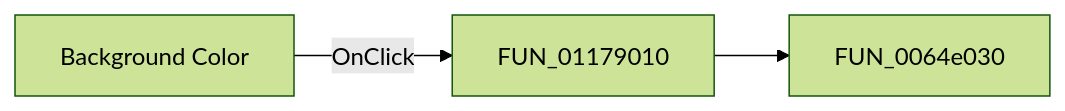
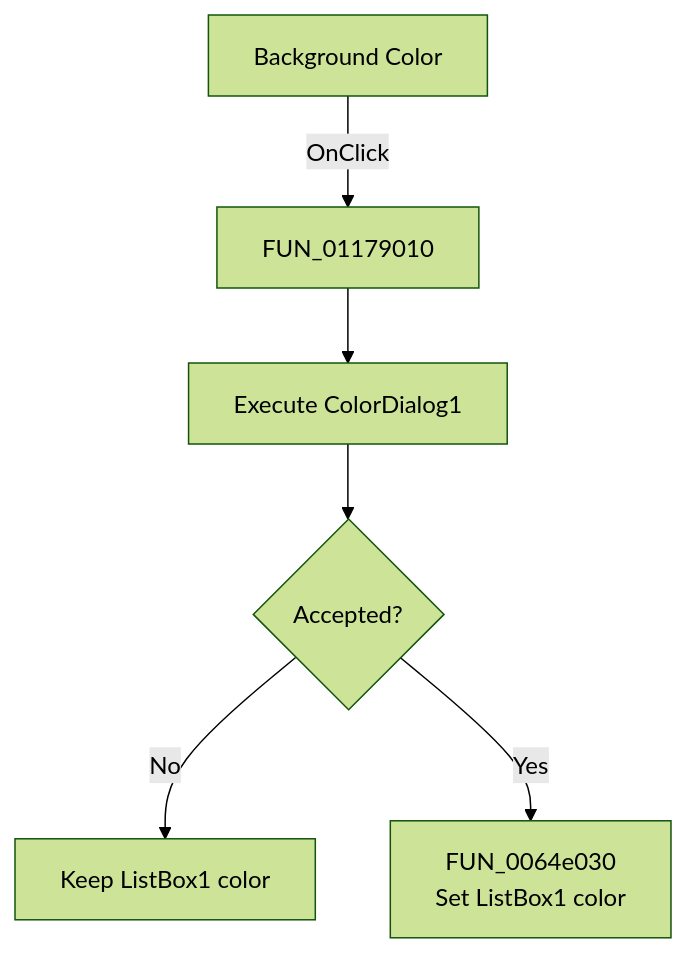
One commit to MovGP0/TIARA changed the diagram in docs/ui-controls/response-form1/backcolor1-0fb62e0d36.md. Above: the diagram before and after it, drawn with Mermaid (forest theme). The commit also changed other lines of this file and 1062 other files, not shown here.

````diff
--- a/docs/ui-controls/response-form1/backcolor1-0fb62e0d36.md
+++ b/docs/ui-controls/response-form1/backcolor1-0fb62e0d36.md
@@ -27,5 +27,8 @@
 ```mermaid
-flowchart LR
+flowchart TD
     control["Background Color"] -->|OnClick| handler["FUN_01179010"]
-    handler --> call1["FUN_0064e030"]
+    handler --> dialog["Execute ColorDialog1"]
+    dialog --> accepted{"Accepted?"}
+    accepted -->|No| keep["Keep ListBox1 color"]
+    accepted -->|Yes| apply["FUN_0064e030<br/>Set ListBox1 color"]
 ```
````
